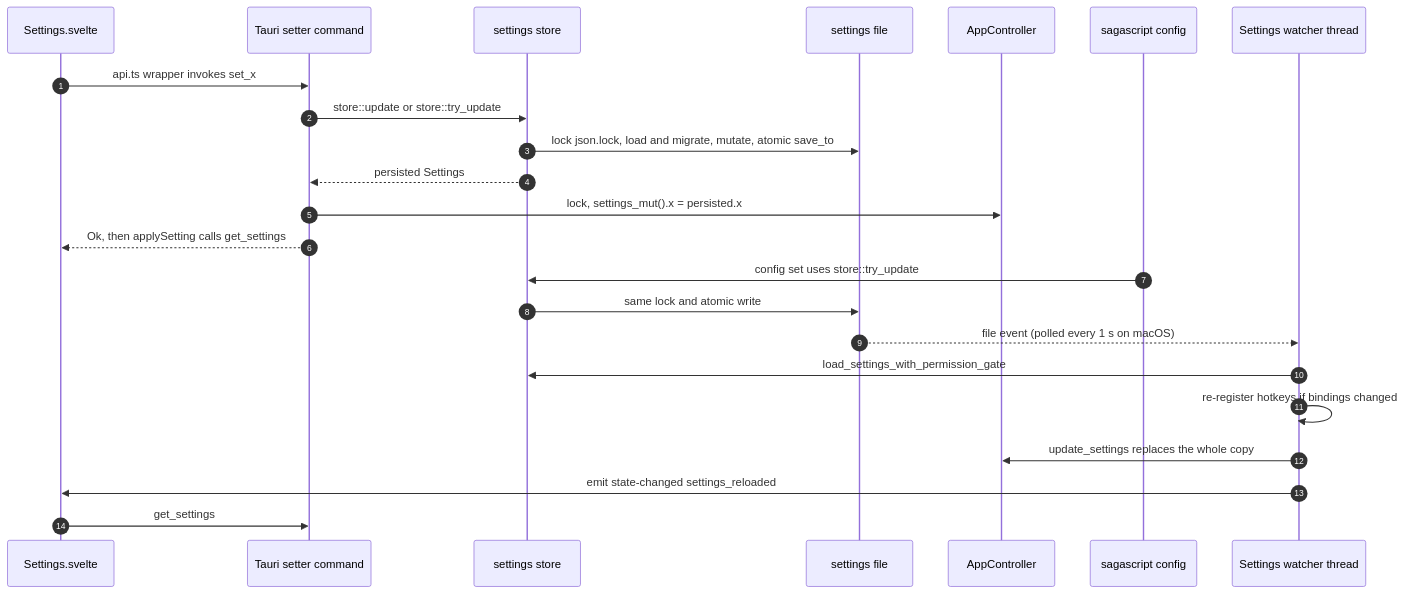
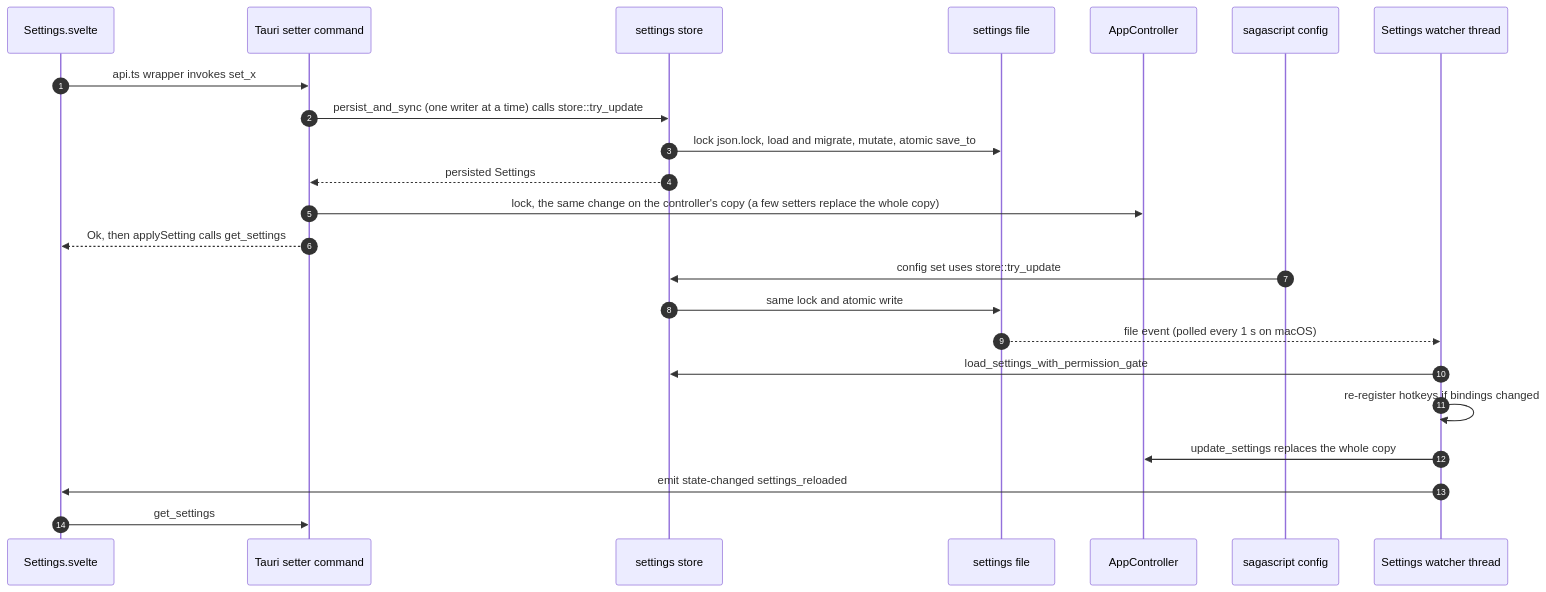
Before and after one commit to Magnus-Gille/sagascript: the second of 4 diagrams in docs/ARCHITECTURE.md, drawn with Mermaid. The commit also changed other lines of this file and 5 other files, not shown here.

````diff
--- a/docs/ARCHITECTURE.md
+++ b/docs/ARCHITECTURE.md
@@ -156,25 +156,25 @@
 ```mermaid
 sequenceDiagram
     autonumber
     participant UI as Settings.svelte
     participant Cmd as Tauri setter command
     participant Store as settings store
     participant Disk as settings file
     participant Ctrl as AppController
     participant CLI as sagascript config
     participant W as Settings watcher thread
     UI->>Cmd: api.ts wrapper invokes set_x
-    Cmd->>Store: store::update or store::try_update
+    Cmd->>Store: persist_and_sync (one writer at a time) calls store::try_update
     Store->>Disk: lock json.lock, load and migrate, mutate, atomic save_to
     Store-->>Cmd: persisted Settings
-    Cmd->>Ctrl: lock, settings_mut().x = persisted.x
+    Cmd->>Ctrl: lock, the same change on the controller's copy (a few setters replace the whole copy)
     Cmd-->>UI: Ok, then applySetting calls get_settings
     CLI->>Store: config set uses store::try_update
     Store->>Disk: same lock and atomic write
     Disk-->>W: file event (polled every 1 s on macOS)
     W->>Store: load_settings_with_permission_gate
     W->>W: re-register hotkeys if bindings changed
     W->>Ctrl: update_settings replaces the whole copy
     W->>UI: emit state-changed settings_reloaded
     UI->>Cmd: get_settings
 ```
````
